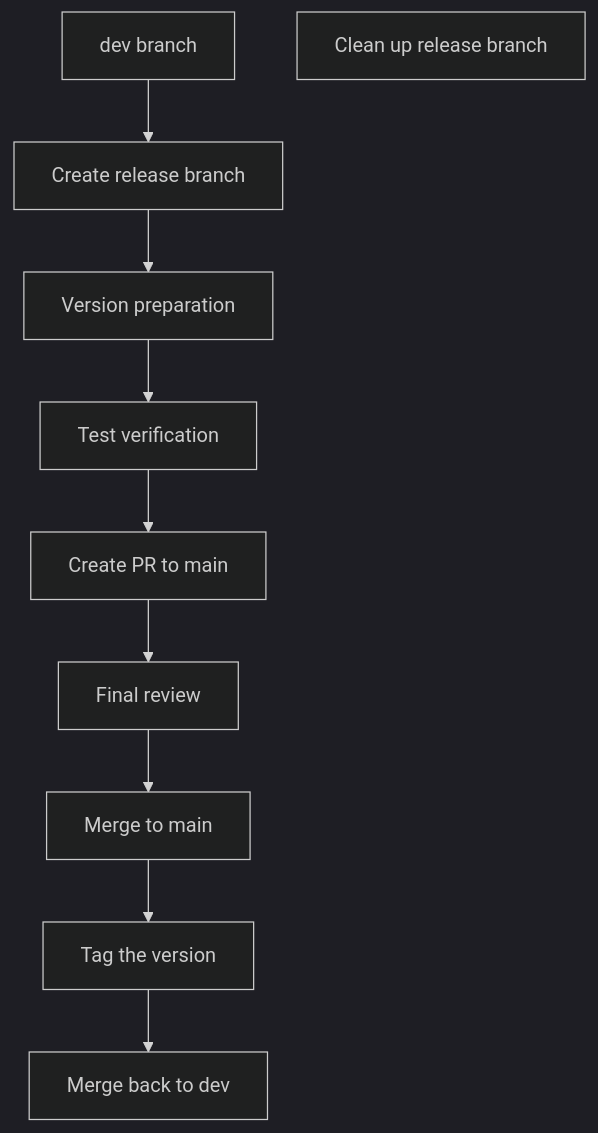
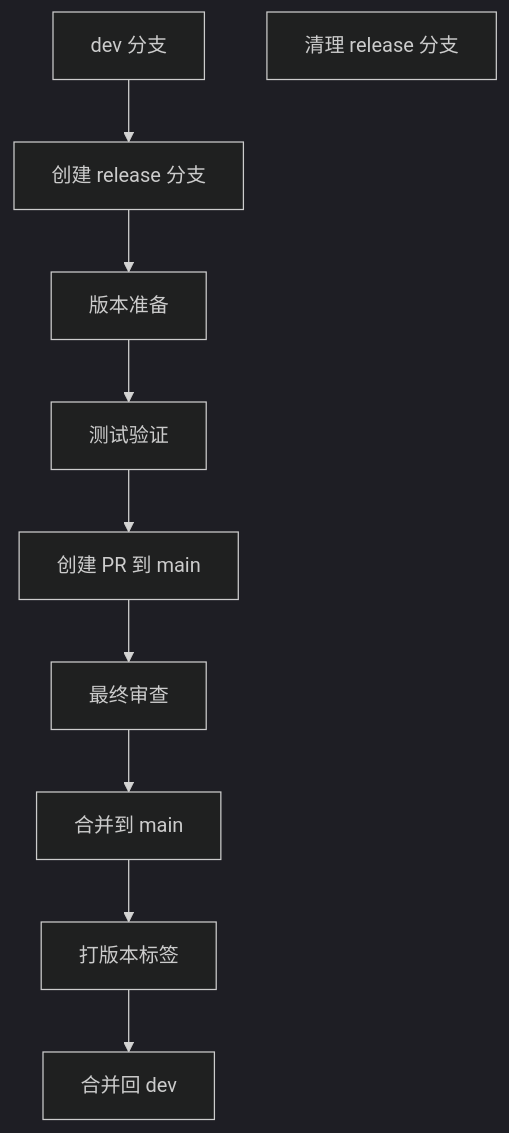
Before and after one commit to ChenXu233/YaoXiang: the third of 3 diagrams in docs/src/en/dev/branch-maintenance-guide.md, drawn with Mermaid (dark theme). The commit also changed other lines of this file and 5 other files, not shown here.

````diff
--- a/docs/src/en/dev/branch-maintenance-guide.md
+++ b/docs/src/en/dev/branch-maintenance-guide.md
@@ -214,12 +213,12 @@
 ```mermaid
 graph TD
-    A[dev branch] --> B[Create release branch]
-    B --> C[Version preparation]
-    C --> D[Test verification]
-    D --> E[Create PR to main]
-    E --> F[Final review]
-    F --> G[Merge to main]
-    G --> H[Tag the version]
-    H --> I[Merge back to dev]
-    J[Clean up release branch]
+    A[dev 分支] --> B[创建 release 分支]
+    B --> C[版本准备]
+    C --> D[测试验证]
+    D --> E[创建 PR 到 main]
+    E --> F[最终审查]
+    F --> G[合并到 main]
+    G --> H[打版本标签]
+    H --> I[合并回 dev]
+    J[清理 release 分支]
 ```
````
